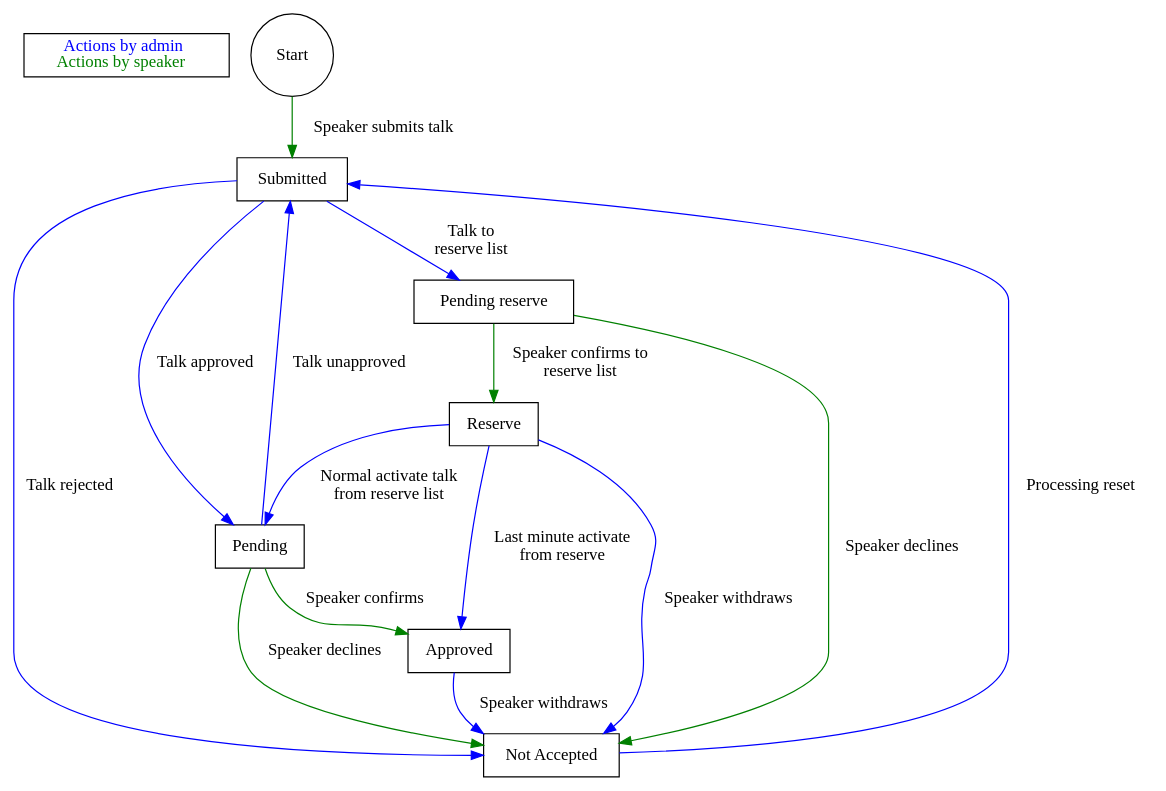
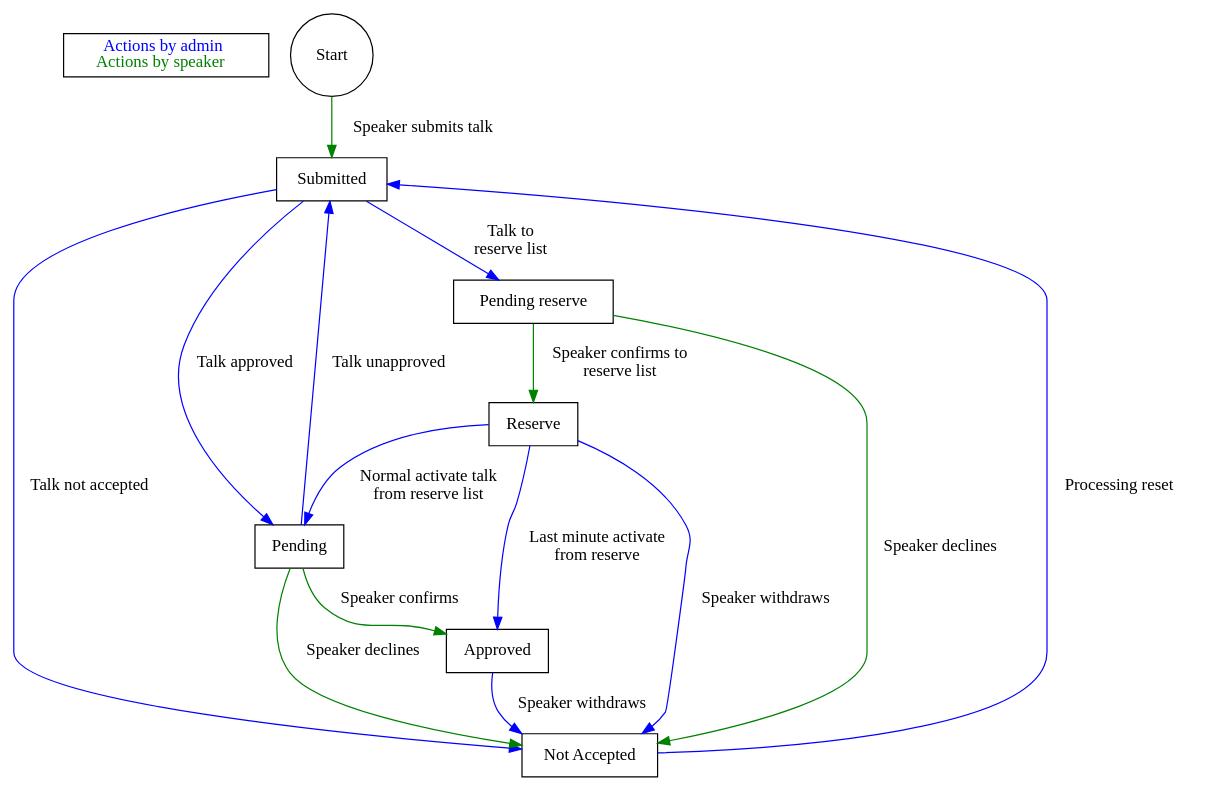
One commit to pgeu/pgeu-system changed the diagram in docs/confreg/graphs/talk_states.dot. Above: the diagram before and after it, drawn with Graphviz. The commit also changed 3 other files, not shown here.

First line of the commit message:
Finish change of terminology from Rejected to Not Accepted

```diff
--- a/docs/confreg/graphs/talk_states.dot
+++ b/docs/confreg/graphs/talk_states.dot
@@ -1,33 +1,33 @@
 digraph talkstates {
 	subgraph legend {
 		key[shape=box, label=<
 		    <font color="blue">Actions by admin</font><br/>
 		    <font color="green">Actions by speaker</font><br/>
 		>, labeljust="l"]
 	}
 
 	start[shape=circle label=Start];
 
 	submitted[shape=box label=Submitted];
 	pending[shape=box label=Pending];
 	approved[shape=box label=Approved];
 	reserve[shape=box label=Reserve];
 	pendingreserve[shape=box label="Pending reserve"];
 
-	rejected[shape=box label="Not Accepted"];
+	notaccepted[shape=box label="Not Accepted"];
 
 	start -> submitted [label = "Speaker submits talk", color=green];
 	submitted -> pending [label = "Talk approved", color=blue]
 	pending -> approved [label = "Speaker confirms", color=green]
-	pending -> rejected [label = "Speaker declines", color=green]
+	pending -> notaccepted [label = "Speaker declines", color=green]
 	pending -> submitted [label = "Talk unapproved", color=blue]
-	submitted -> rejected [label = "Talk rejected", color=blue]
+	submitted -> notaccepted [label = "Talk not accepted", color=blue]
 	submitted -> pendingreserve [label = "Talk to\nreserve list", color=blue]
 	pendingreserve -> reserve [label = "Speaker confirms to\nreserve list", color=green]
-	pendingreserve -> rejected [label = "Speaker declines", color=green]
+	pendingreserve -> notaccepted [label = "Speaker declines", color=green]
 	reserve -> pending [label = "Normal activate talk\n from reserve list", color=blue]
-	approved -> rejected [label = "Speaker withdraws", color=blue]
-	rejected -> submitted [label = "Processing reset", color=blue]
+	approved -> notaccepted [label = "Speaker withdraws", color=blue]
+	notaccepted -> submitted [label = "Processing reset", color=blue]
 	reserve -> approved [label = "Last minute activate\nfrom reserve", color=blue]
-	reserve -> rejected [label = "Speaker withdraws", color=blue]
+	reserve -> notaccepted [label = "Speaker withdraws", color=blue]
 }
```
